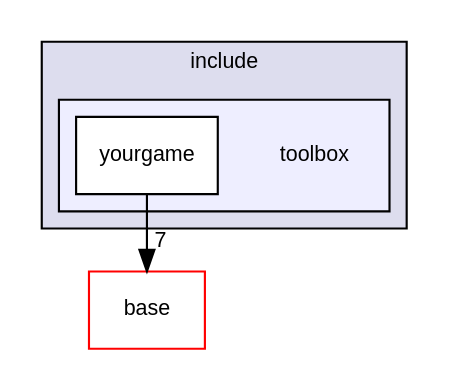
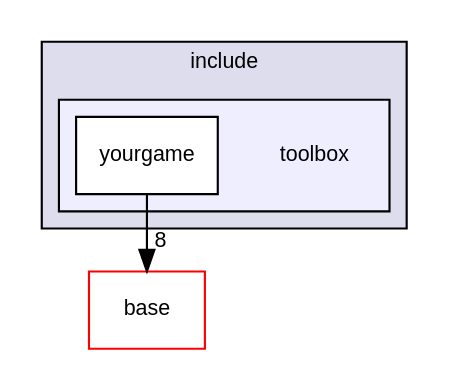
One commit to duddel/yourgamelib changed the diagram in dir_dc8d4286420b7aa8efcc9a53b027321f_dep.dot. Above: the diagram before and after it, drawn with Graphviz. The commit also changed 75 other files, not shown here.

```diff
--- a/dir_dc8d4286420b7aa8efcc9a53b027321f_dep.dot
+++ b/dir_dc8d4286420b7aa8efcc9a53b027321f_dep.dot
@@ -1,15 +1,15 @@
 digraph "/home/runner/work/yourgamelib/yourgamelib/include/toolbox" {
   compound=true
   node [ fontsize="10", fontname="Helvetica"];
   edge [ labelfontsize="10", labelfontname="Helvetica"];
   subgraph clusterdir_d44c64559bbebec7f509842c48db8b23 {
     graph [ bgcolor="#ddddee", pencolor="black", label="include" fontname="Helvetica", fontsize="10", URL="dir_d44c64559bbebec7f509842c48db8b23.html"]
   subgraph clusterdir_dc8d4286420b7aa8efcc9a53b027321f {
     graph [ bgcolor="#eeeeff", pencolor="black", label="" URL="dir_dc8d4286420b7aa8efcc9a53b027321f.html"];
     dir_dc8d4286420b7aa8efcc9a53b027321f [shape=plaintext label="toolbox"];
     dir_a60850a87a477dbcc0e6f59871872d7a [shape=box label="yourgame" color="black" fillcolor="white" style="filled" URL="dir_a60850a87a477dbcc0e6f59871872d7a.html"];
   }
   }
   dir_ab1c81409f0df724f17c9ef30afee877 [shape=box label="base" fillcolor="white" style="filled" color="red" URL="dir_ab1c81409f0df724f17c9ef30afee877.html"];
-  dir_a60850a87a477dbcc0e6f59871872d7a->dir_ab1c81409f0df724f17c9ef30afee877 [headlabel="7", labeldistance=1.5 headhref="dir_000004_000001.html"];
+  dir_a60850a87a477dbcc0e6f59871872d7a->dir_ab1c81409f0df724f17c9ef30afee877 [headlabel="8", labeldistance=1.5 headhref="dir_000004_000001.html"];
 }
```
